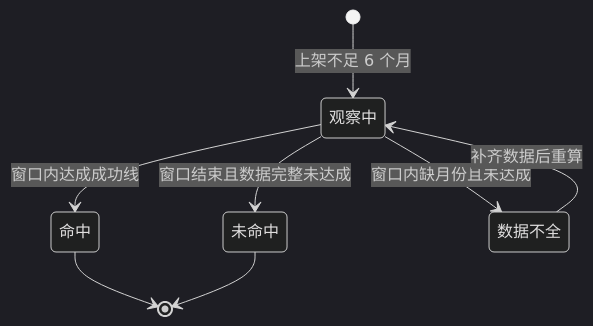
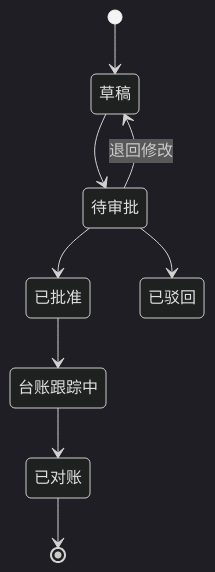
Before and after one commit to staring9811-prog/wxb981111-163.com: the second of 2 diagrams in opportunity-research/output/PRD详细版.md, drawn with Mermaid (dark theme). The commit also changed other lines of this file and 6 other files, not shown here.

````diff
--- a/opportunity-research/output/PRD详细版.md
+++ b/opportunity-research/output/PRD详细版.md
@@ -392,10 +301,11 @@
 ```mermaid
 stateDiagram-v2
-    [*] --> 观察中: 上架不足 6 个月
-    观察中 --> 命中: 窗口内达成成功线
-    观察中 --> 未命中: 窗口结束且数据完整未达成
-    观察中 --> 数据不全: 窗口内缺月份且未达成
-    命中 --> [*]
-    未命中 --> [*]
-    数据不全 --> 观察中: 补齐数据后重算
+    [*] --> 草稿
+    草稿 --> 待审批
+    待审批 --> 已批准
+    待审批 --> 已驳回
+    待审批 --> 草稿: 退回修改
+    已批准 --> 台账跟踪中
+    台账跟踪中 --> 已对账
+    已对账 --> [*]
 ```
````
